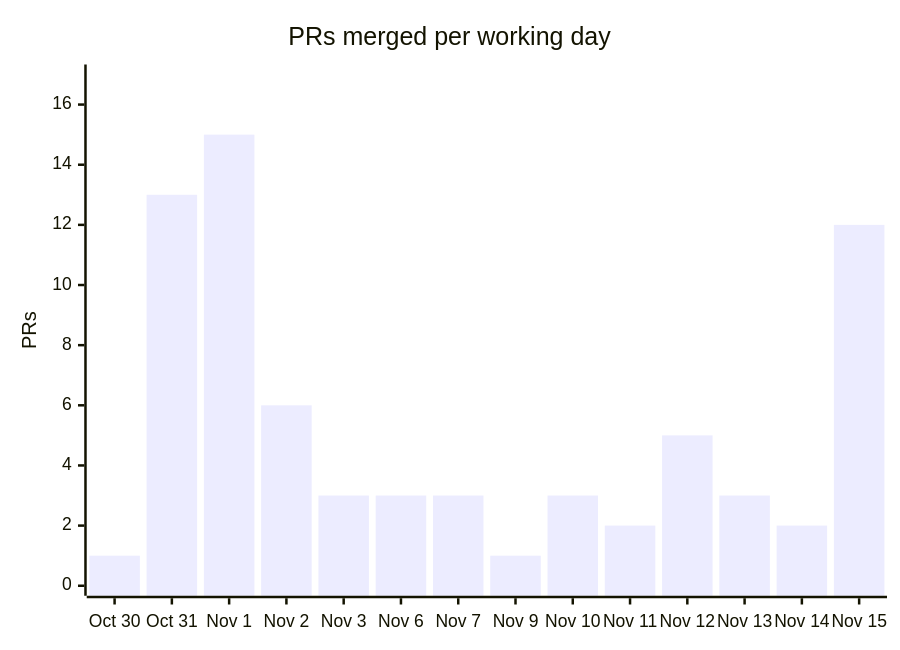
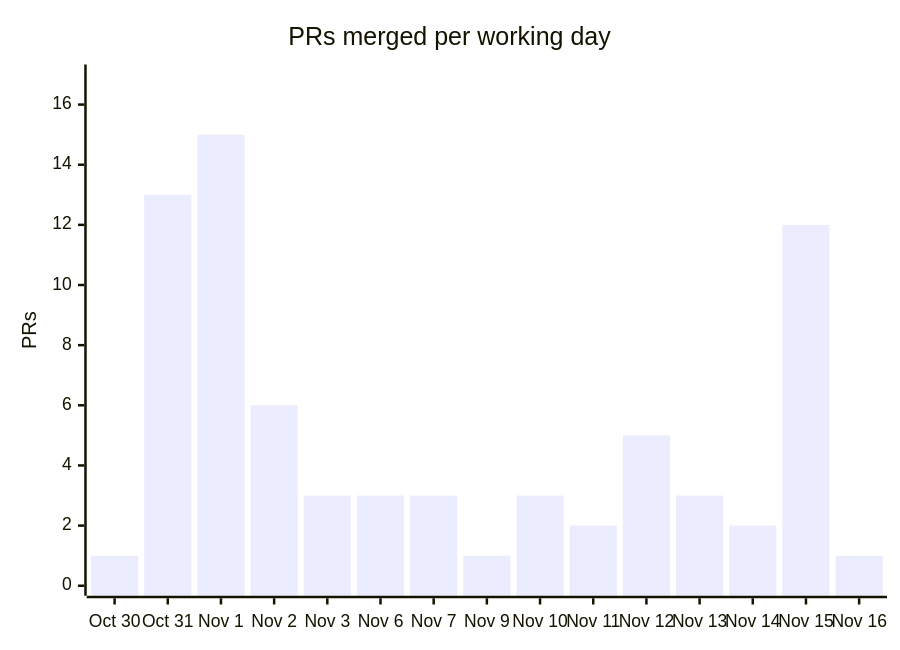
The fourth of 4 diagrams in docs/OVERVIEW.md (cmprssd/nfsh), drawn with Mermaid before and after one commit. The commit also changed other lines of this file and 5 other files, not shown here.

````diff
--- a/docs/OVERVIEW.md
+++ b/docs/OVERVIEW.md
@@ -143,7 +143,7 @@
 ```mermaid
 xychart-beta
     title "PRs merged per working day"
-    x-axis ["Oct 30", "Oct 31", "Nov 1", "Nov 2", "Nov 3", "Nov 6", "Nov 7", "Nov 9", "Nov 10", "Nov 11", "Nov 12", "Nov 13", "Nov 14", "Nov 15"]
+    x-axis ["Oct 30", "Oct 31", "Nov 1", "Nov 2", "Nov 3", "Nov 6", "Nov 7", "Nov 9", "Nov 10", "Nov 11", "Nov 12", "Nov 13", "Nov 14", "Nov 15", "Nov 16"]
     y-axis "PRs" 0 --> 17
-    bar [1, 13, 15, 6, 3, 3, 3, 1, 3, 2, 5, 3, 2, 12]
+    bar [1, 13, 15, 6, 3, 3, 3, 1, 3, 2, 5, 3, 2, 12, 1]
 ```
````
